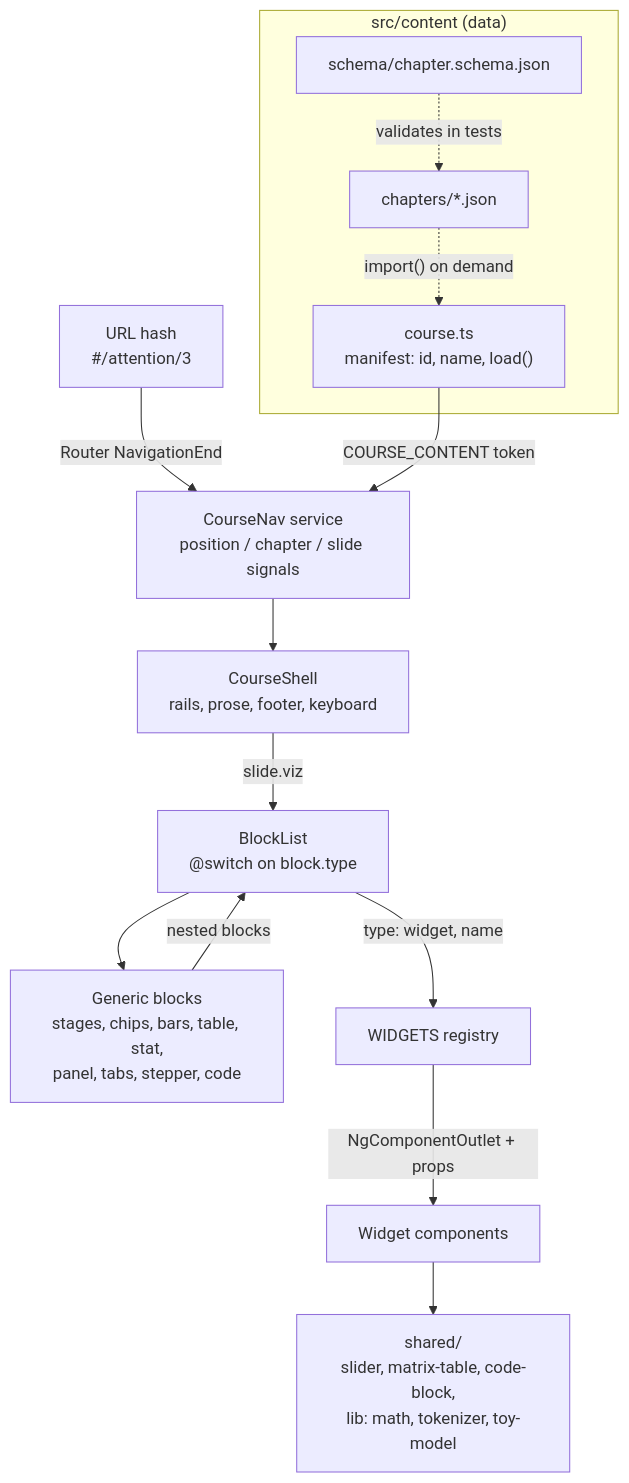
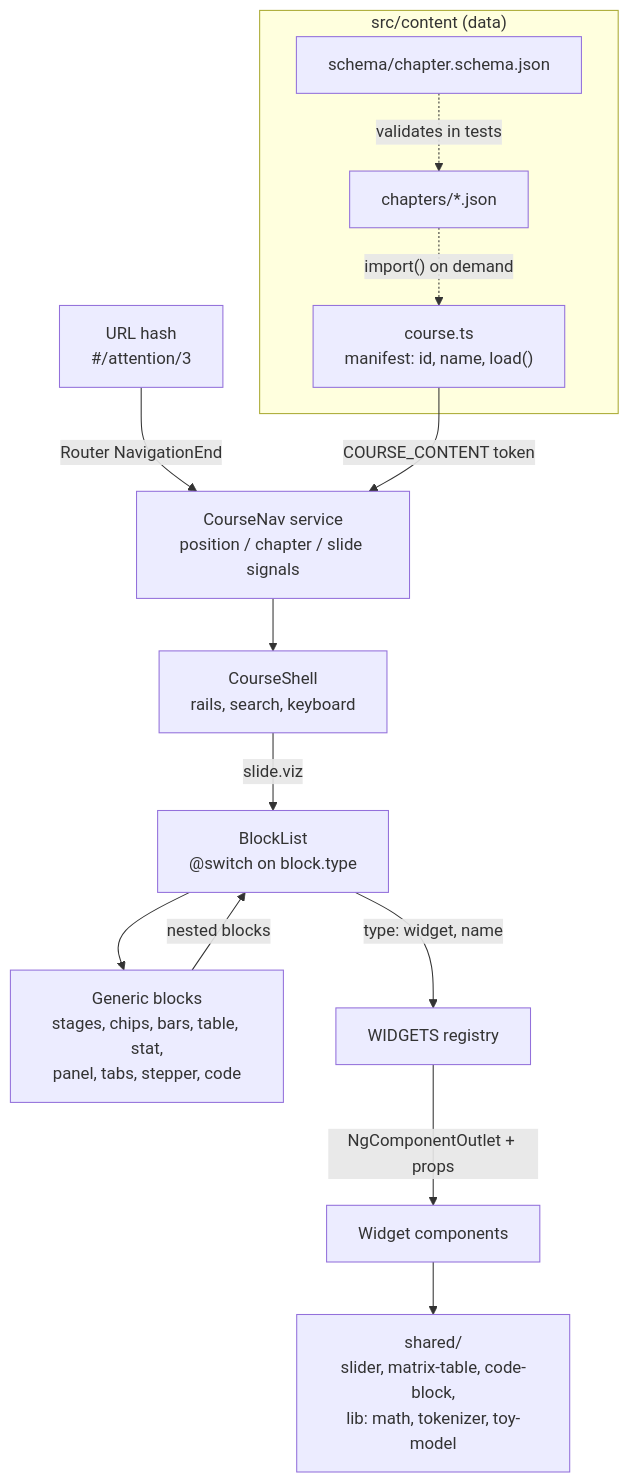
One commit to sgarg5858/ai-unboxed changed the diagram in ARCHITECTURE.md. Above: the diagram before and after it, drawn with Mermaid. The commit also changed other lines of this file and 20 other files, not shown here.

````diff
--- a/ARCHITECTURE.md
+++ b/ARCHITECTURE.md
@@ -18,16 +18,16 @@
 ```mermaid
 flowchart TD
   URL["URL hash<br/>#/attention/3"] -->|Router NavigationEnd| NAV
   subgraph content ["src/content (data)"]
     JSON["chapters/*.json"] -. "import() on demand" .-> COURSE["course.ts<br/>manifest: id, name, load()"]
     SCHEMA["schema/chapter.schema.json"] -. validates in tests .-> JSON
   end
   COURSE -->|COURSE_CONTENT token| NAV["CourseNav service<br/>position / chapter / slide signals"]
-  NAV --> SHELL["CourseShell<br/>rails, prose, footer, keyboard"]
+  NAV --> SHELL["CourseShell<br/>rails, search, keyboard"]
   SHELL -->|slide.viz| BL["BlockList<br/>@switch on block.type"]
   BL --> GEN["Generic blocks<br/>stages, chips, bars, table, stat,<br/>panel, tabs, stepper, code"]
   BL -->|"type: widget, name"| REG["WIDGETS registry"]
   REG -->|NgComponentOutlet + props| W["Widget components"]
   GEN -->|nested blocks| BL
   W --> SHARED["shared/<br/>slider, matrix-table, code-block,<br/>lib: math, tokenizer, toy-model"]
 ```
````
